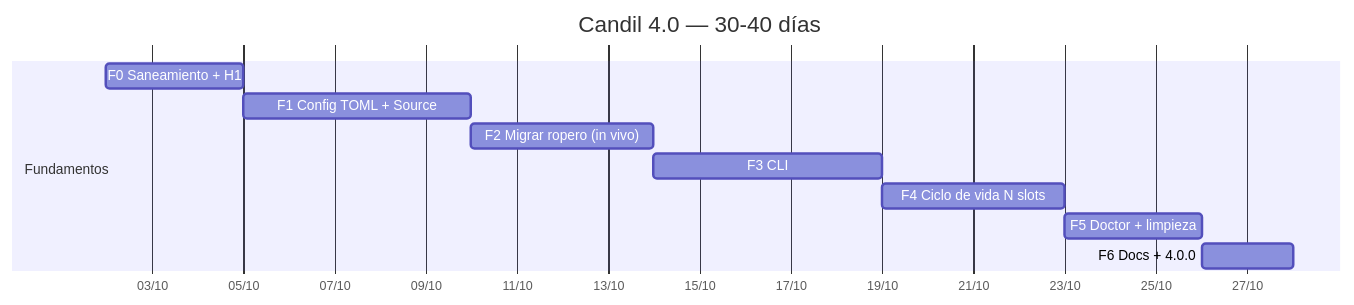
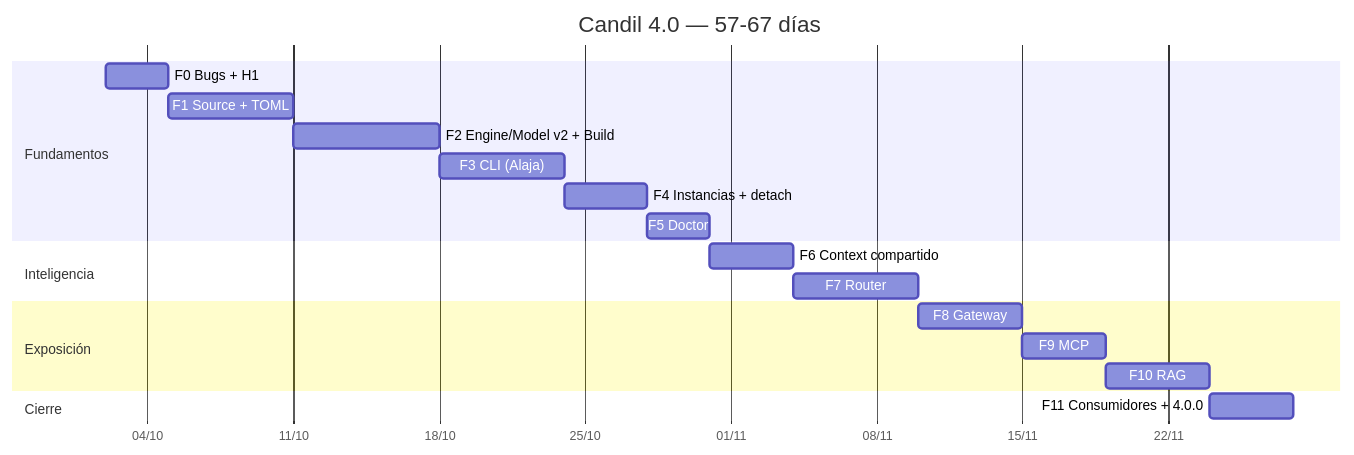
One commit to Lorenzo-SF/candil changed diagram 19 of 19 in proyecto 4.0/candil-4.0-final.md. Above: the diagram before and after it, drawn with Mermaid. The commit also changed other lines of this file, not shown here.

First line of the commit message:
docs(candil): regenerate the 4.0 design document as the single source of truth

````diff
--- a/proyecto 4.0/candil-4.0-final.md
+++ b/proyecto 4.0/candil-4.0-final.md
@@ -1160,15 +2114,23 @@
 ```mermaid
 gantt
-    title Candil 4.0 — 30-40 días
+    title Candil 4.0 — 57-67 días
     dateFormat YYYY-MM-DD
     axisFormat %d/%m
 
     section Fundamentos
-    F0 Saneamiento + H1        :f0, 2026-10-02, 3d
-    F1 Config TOML + Source    :f1, after f0, 5d
-    F2 Migrar ropero (in vivo) :f2, after f1, 4d
-    F3 CLI                     :f3, after f2, 5d
-    F4 Ciclo de vida N slots   :f4, after f3, 4d
-    F5 Doctor + limpieza       :f5, after f4, 3d
-    F6 Docs + 4.0.0            :f6, after f5, 2d
+    F0 Bugs + H1                :f0, 2026-10-02, 3d
+    F1 Source + TOML             :f1, after f0, 6d
+    F2 Engine/Model v2 + Build   :f2, after f1, 7d
+    F3 CLI (Alaja)               :f3, after f2, 6d
+    F4 Instancias + detach       :f4, after f3, 4d
+    F5 Doctor                    :f5, after f4, 3d
+    section Inteligencia
+    F6 Context compartido        :f6, after f5, 4d
+    F7 Router                    :f7, after f6, 6d
+    section Exposición
+    F8 Gateway                   :f8, after f7, 5d
+    F9 MCP                       :f9, after f8, 4d
+    F10 RAG                      :f10, after f9, 5d
+    section Cierre
+    F11 Consumidores + 4.0.0     :f11, after f10, 4d
 ```
````
